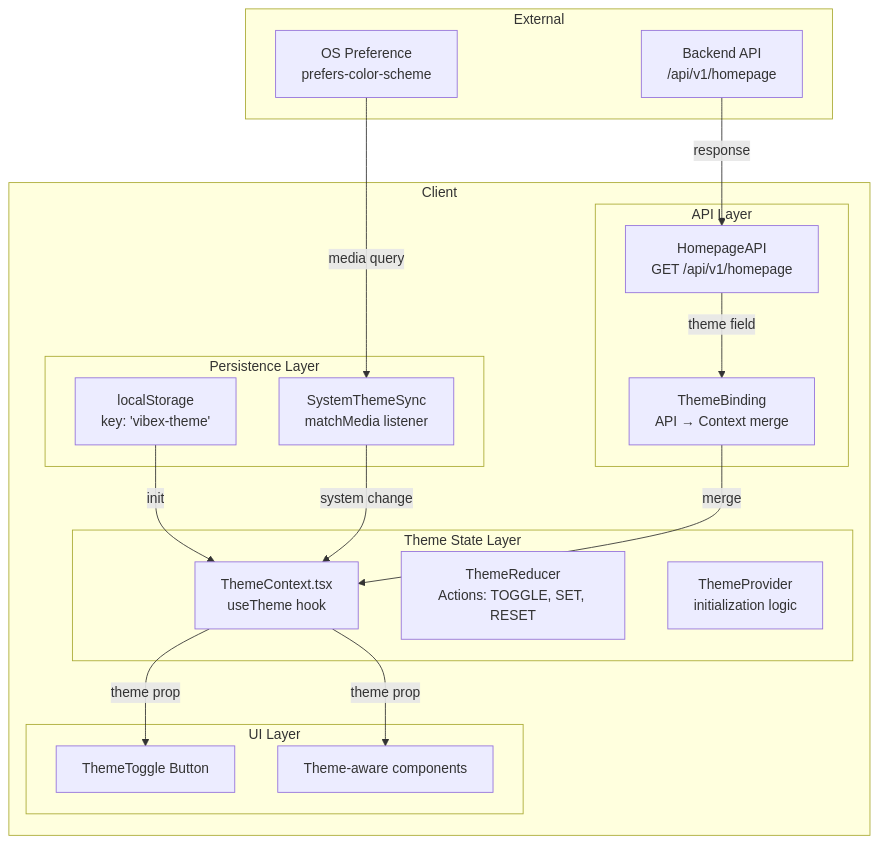
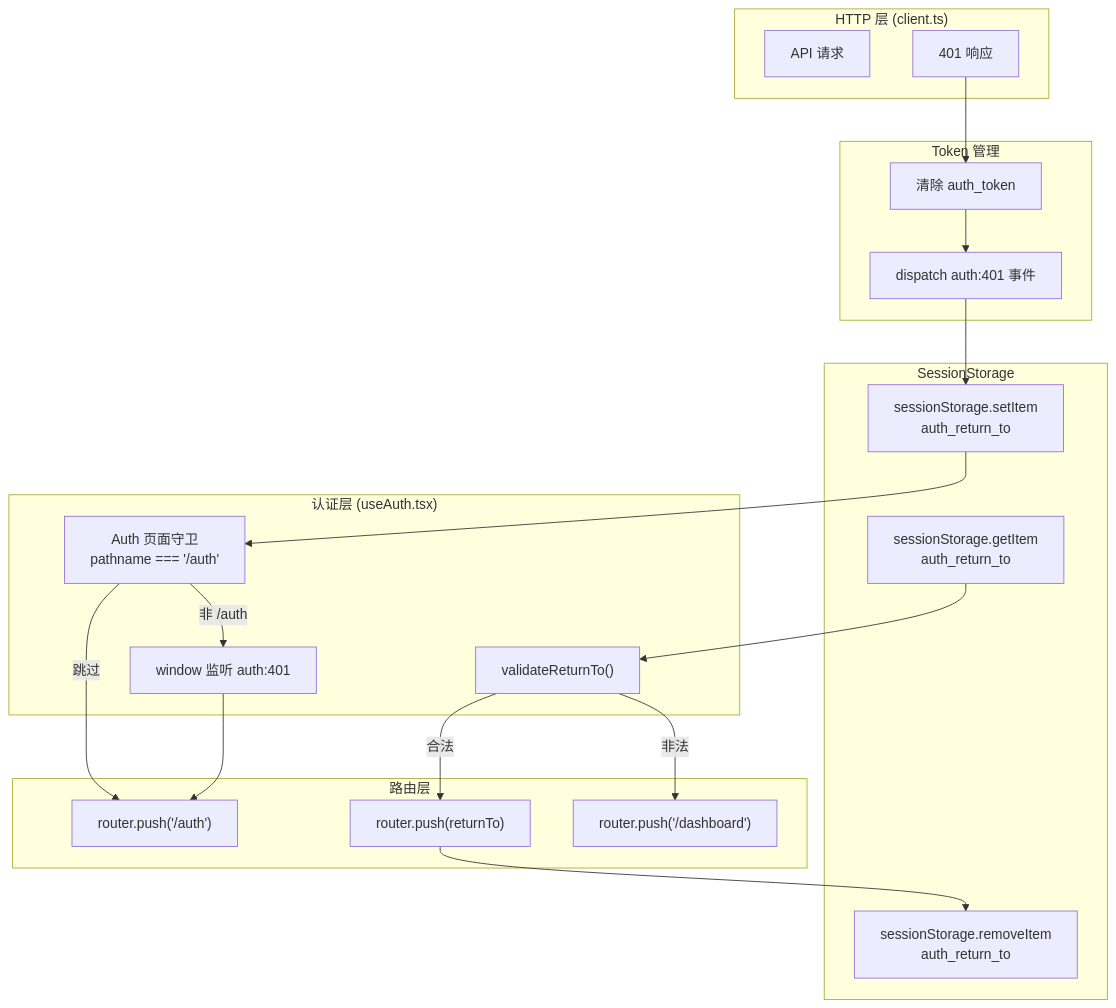
The third of 3 diagrams in docs/vibex/architecture.md (MMXC/vibex), drawn with Mermaid before and after one commit. The commit also changed other lines of this file and 5 other files, not shown here.

First line of the commit message:
docs: add architecture design for vibex (auth redirect) and pm-proposals (ux fixes)

````diff
--- a/docs/vibex/architecture.md
+++ b/docs/vibex/architecture.md
@@ -29,39 +104,40 @@
 ```mermaid
 flowchart TB
-    subgraph Client["Client"]
-        subgraph State["Theme State Layer"]
-            TC["ThemeContext.tsx<br/>useTheme hook"]
-            TR["ThemeReducer<br/>Actions: TOGGLE, SET, RESET"]
-            TS["ThemeProvider<br/>initialization logic"]
-        end
-        
-        subgraph Storage["Persistence Layer"]
-            LS["localStorage<br/>key: 'vibex-theme'"]
-            SS["SystemThemeSync<br/>matchMedia listener"]
-        end
-        
-        subgraph API["API Layer"]
-            HA["HomepageAPI<br/>GET /api/v1/homepage"]
-            HB["ThemeBinding<br/>API → Context merge"]
-        end
-        
-        subgraph UI["UI Layer"]
-            TBtn["ThemeToggle Button"]
-            THeme["Theme-aware components"]
-        end
+    subgraph HTTP["HTTP 层 (client.ts)"]
+        Req["API 请求"]
+        Res401["401 响应"]
     end
-    
-    subgraph External["External"]
-        OS["OS Preference<br/>prefers-color-scheme"]
-        BE["Backend API<br/>/api/v1/homepage"]
+
+    subgraph Token["Token 管理"]
+        Clear["清除 auth_token"]
+        Emit["dispatch auth:401 事件"]
     end
-    
-    LS -->|init| TC
-    SS -->|system change| TC
-    HA -->|theme field| HB
-    HB -->|merge| TC
-    TC -->|theme prop| TBtn
-    TC -->|theme prop| THeme
-    OS -->|media query| SS
-    BE -->|response| HA
+
+    subgraph Storage["SessionStorage"]
+        Save["sessionStorage.setItem<br/>auth_return_to"]
+        Read["sessionStorage.getItem<br/>auth_return_to"]
+        ClearRT["sessionStorage.removeItem<br/>auth_return_to"]
+    end
+
+    subgraph Auth["认证层 (useAuth.tsx)"]
+        Listen["window 监听 auth:401"]
+        Guard["Auth 页面守卫<br/>pathname === '/auth'"]
+        Validate["validateReturnTo()"]
+    end
+
+    subgraph Router["路由层"]
+        Push["router.push('/auth')"]
+        Restore["router.push(returnTo)"]
+        Fallback["router.push('/dashboard')"]
+    end
+
+    Res401 --> Clear --> Emit
+    Emit --> Save --> Guard
+    Guard -->|跳过| Push
+    Guard -->|非 /auth| Listen
+    Listen --> Push
+    Read --> Validate
+    Validate -->|合法| Restore
+    Validate -->|非法| Fallback
+    Restore --> ClearRT
 ```
````
